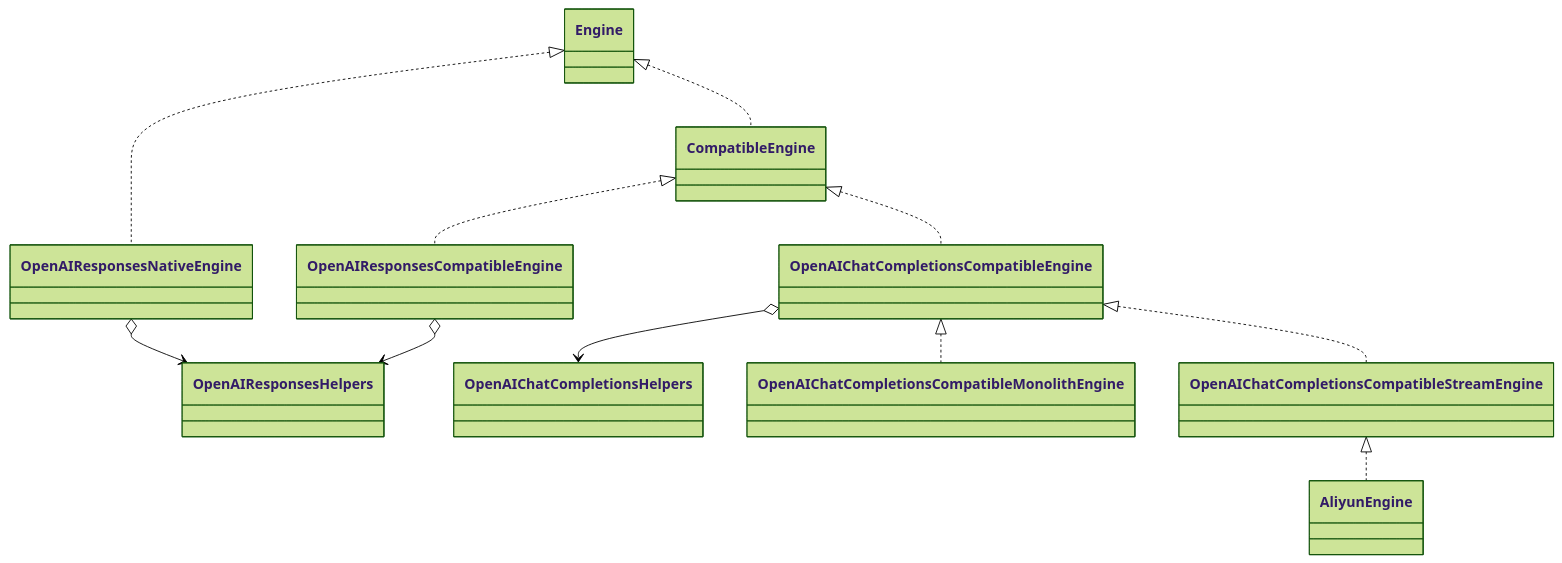
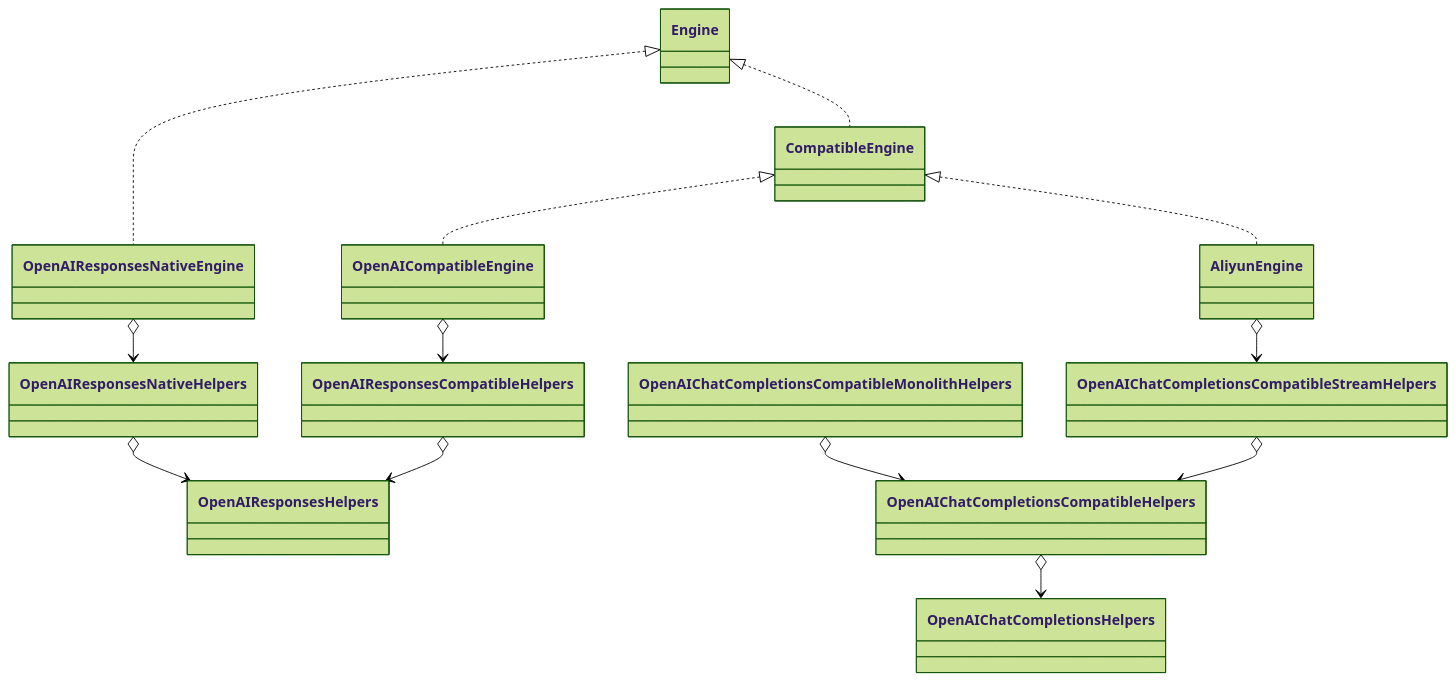
Before and after one commit to zimtsui/brainswitch: the diagram in DEVELOPMENT.md, drawn with Mermaid (forest theme). The commit also changed 5 other files, not shown here.

````diff
--- a/DEVELOPMENT.md
+++ b/DEVELOPMENT.md
@@ -3,17 +3,20 @@
 ```mermaid
 classDiagram
 
-Engine <|.. OpenAIResponsesNativeEngine
-OpenAIResponsesNativeEngine o--> OpenAIResponsesHelpers
-
-CompatibleEngine <|.. OpenAIResponsesCompatibleEngine
-OpenAIResponsesCompatibleEngine o--> OpenAIResponsesHelpers
-
 Engine <|.. CompatibleEngine
 
-CompatibleEngine <|.. OpenAIChatCompletionsCompatibleEngine
-OpenAIChatCompletionsCompatibleEngine o--> OpenAIChatCompletionsHelpers
-OpenAIChatCompletionsCompatibleEngine <|.. OpenAIChatCompletionsCompatibleMonolithEngine
-OpenAIChatCompletionsCompatibleEngine <|.. OpenAIChatCompletionsCompatibleStreamEngine
-OpenAIChatCompletionsCompatibleStreamEngine <|.. AliyunEngine
+Engine <|.. OpenAIResponsesNativeEngine
+OpenAIResponsesNativeEngine o--> OpenAIResponsesNativeHelpers
+OpenAIResponsesNativeHelpers o--> OpenAIResponsesHelpers
+
+CompatibleEngine <|.. AliyunEngine
+OpenAIChatCompletionsCompatibleHelpers o--> OpenAIChatCompletionsHelpers
+OpenAIChatCompletionsCompatibleMonolithHelpers o--> OpenAIChatCompletionsCompatibleHelpers
+OpenAIChatCompletionsCompatibleStreamHelpers o--> OpenAIChatCompletionsCompatibleHelpers
+AliyunEngine o--> OpenAIChatCompletionsCompatibleStreamHelpers
+
+CompatibleEngine <|.. OpenAICompatibleEngine
+OpenAICompatibleEngine o--> OpenAIResponsesCompatibleHelpers
+OpenAIResponsesCompatibleHelpers o--> OpenAIResponsesHelpers
+
 ```
````
